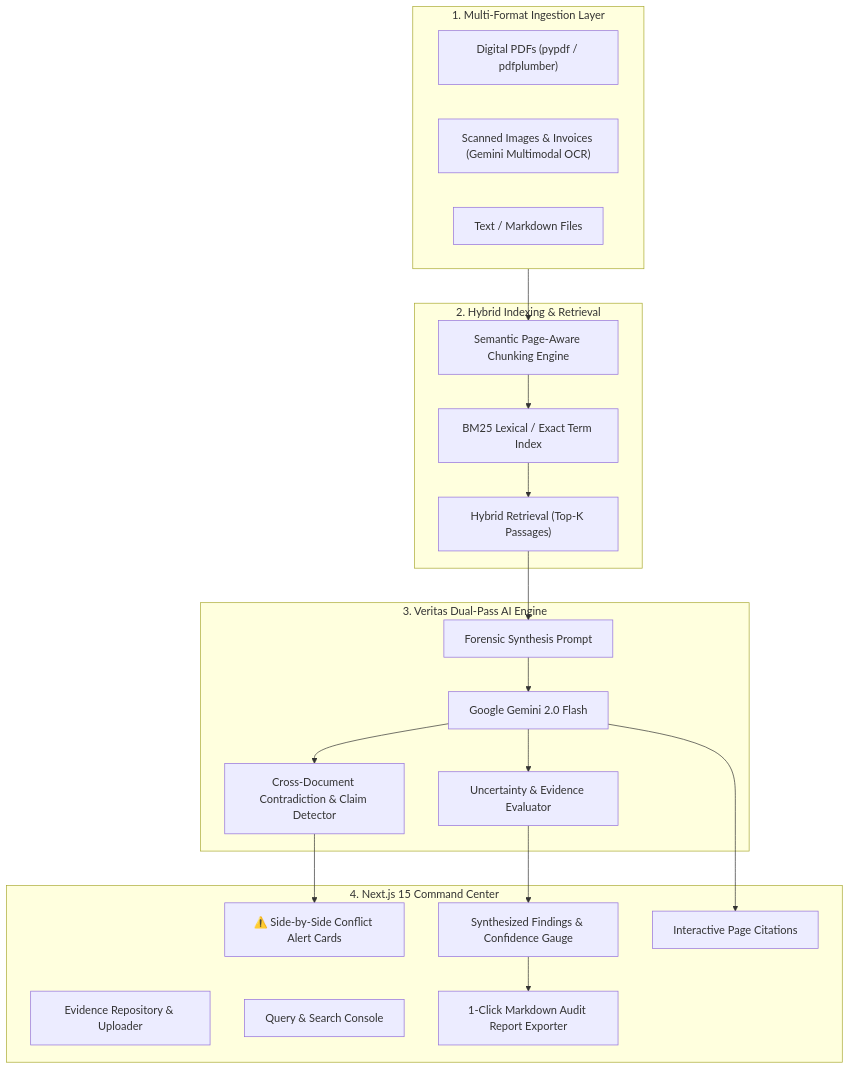
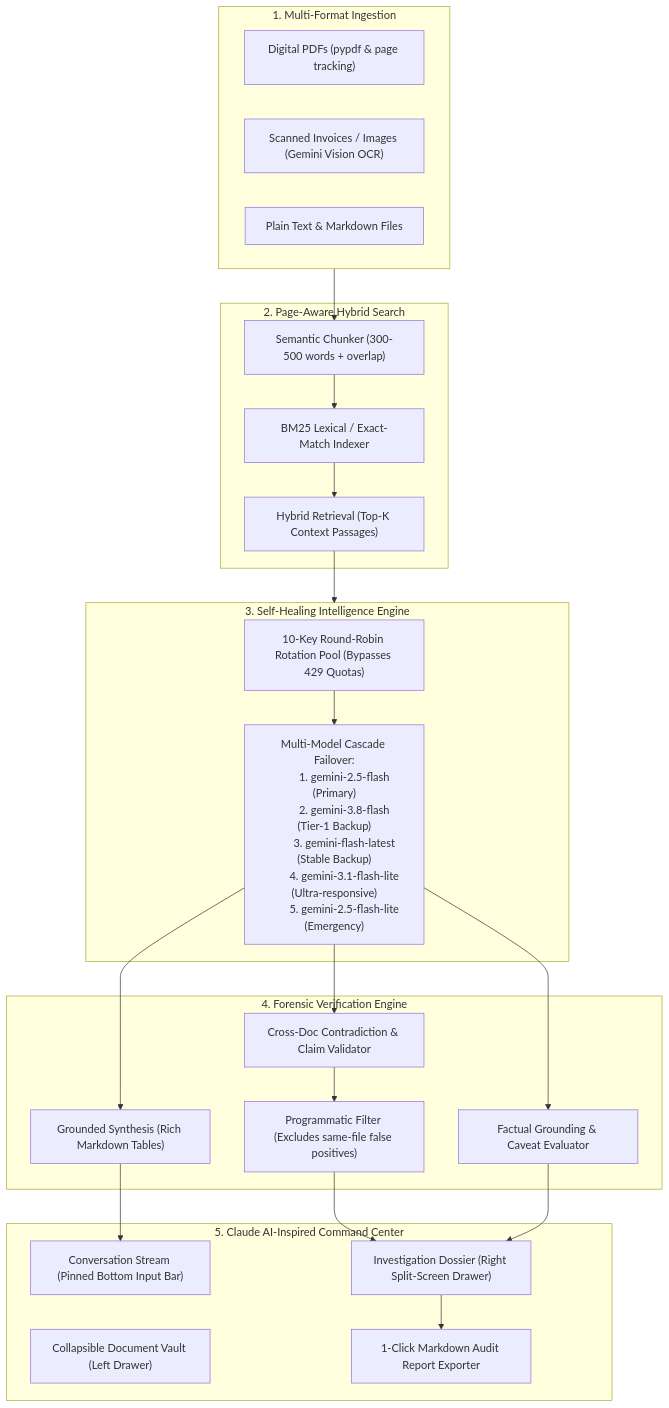
The diagram in README.md (anshk1234/docV-ai), drawn with Mermaid before and after one commit. The commit also changed other lines of this file, not shown here.

Commit message:
docs: overhaul README with docV.ai architecture, Claude UI specs, and resilience pool

````diff
--- a/README.md
+++ b/README.md
@@ -31,42 +52,51 @@
 ```mermaid
 flowchart TD
-    subgraph Ingestion ["1. Multi-Format Ingestion Layer"]
-        F1["Digital PDFs (pypdf / pdfplumber)"]
-        F2["Scanned Images & Invoices (Gemini Multimodal OCR)"]
-        F3["Text / Markdown Files"]
+    subgraph Ingestion ["1. Multi-Format Ingestion"]
+        PDF["Digital PDFs (pypdf & page tracking)"]
+        IMG["Scanned Invoices / Images (Gemini Vision OCR)"]
+        TXT["Plain Text & Markdown Files"]
     end
 
-    subgraph Storage ["2. Hybrid Indexing & Retrieval"]
-        Chunker["Semantic Page-Aware Chunking Engine"]
-        BM25["BM25 Lexical / Exact Term Index"]
-        HybridRetriever["Hybrid Retrieval (Top-K Passages)"]
-        Chunker --> BM25 --> HybridRetriever
+    subgraph Indexing ["2. Page-Aware Hybrid Search"]
+        Chunker["Semantic Chunker (300-500 words + overlap)"]
+        BM25["BM25 Lexical / Exact-Match Indexer"]
+        Retriever["Hybrid Retrieval (Top-K Context Passages)"]
+        Chunker --> BM25 --> Retriever
     end
 
-    subgraph Reasoning ["3. Veritas Dual-Pass AI Engine"]
-        PromptEngine["Forensic Synthesis Prompt"]
-        LLM["Google Gemini 2.0 Flash"]
-        ConflictEngine["Cross-Document Contradiction & Claim Detector"]
-        UncertaintyScorer["Uncertainty & Evidence Evaluator"]
-        
-        PromptEngine --> LLM
-        LLM --> ConflictEngine
-        LLM --> UncertaintyScorer
+    subgraph Resilience ["3. Self-Healing Intelligence Engine"]
+        KeyPool["10-Key Round-Robin Rotation Pool (Bypasses 429 Quotas)"]
+        Cascade["Multi-Model Cascade Failover:
+        1. gemini-2.5-flash (Primary)
+        2. gemini-3.8-flash (Tier-1 Backup)
+        3. gemini-flash-latest (Stable Backup)
+        4. gemini-3.1-flash-lite (Ultra-responsive)
+        5. gemini-2.5-flash-lite (Emergency)"]
+        KeyPool --> Cascade
     end
 
-    subgraph UI ["4. Next.js 15 Command Center"]
-        Repo["Evidence Repository & Uploader"]
-        Console["Query & Search Console"]
-        ConflictBox["⚠️ Side-by-Side Conflict Alert Cards"]
-        Findings["Synthesized Findings & Confidence Gauge"]
-        Citations["Interactive Page Citations"]
+    subgraph Reasoning ["4. Forensic Verification Engine"]
+        Synthesizer["Grounded Synthesis (Rich Markdown Tables)"]
+        ConflictEngine["Cross-Doc Contradiction & Claim Validator"]
+        UncertaintyScorer["Factual Grounding & Caveat Evaluator"]
+        AntiFalsePositive["Programmatic Filter (Excludes same-file false positives)"]
+        
+        Cascade --> Synthesizer
+        Cascade --> ConflictEngine --> AntiFalsePositive
+        Cascade --> UncertaintyScorer
+    end
+
+    subgraph UI ["5. Claude AI-Inspired Command Center"]
+        Vault["Collapsible Document Vault (Left Drawer)"]
+        Chat["Conversation Stream (Pinned Bottom Input Bar)"]
+        Artifacts["Investigation Dossier (Right Split-Screen Drawer)"]
         Exporter["1-Click Markdown Audit Report Exporter"]
     end
 
     Ingestion --> Chunker
-    HybridRetriever --> PromptEngine
-    ConflictEngine --> ConflictBox
-    UncertaintyScorer --> Findings
-    LLM --> Citations
-    Findings --> Exporter
+    Retriever --> Resilience
+    Synthesizer --> Chat
+    AntiFalsePositive --> Artifacts
+    UncertaintyScorer --> Artifacts
+    Artifacts --> Exporter
 ```
````
